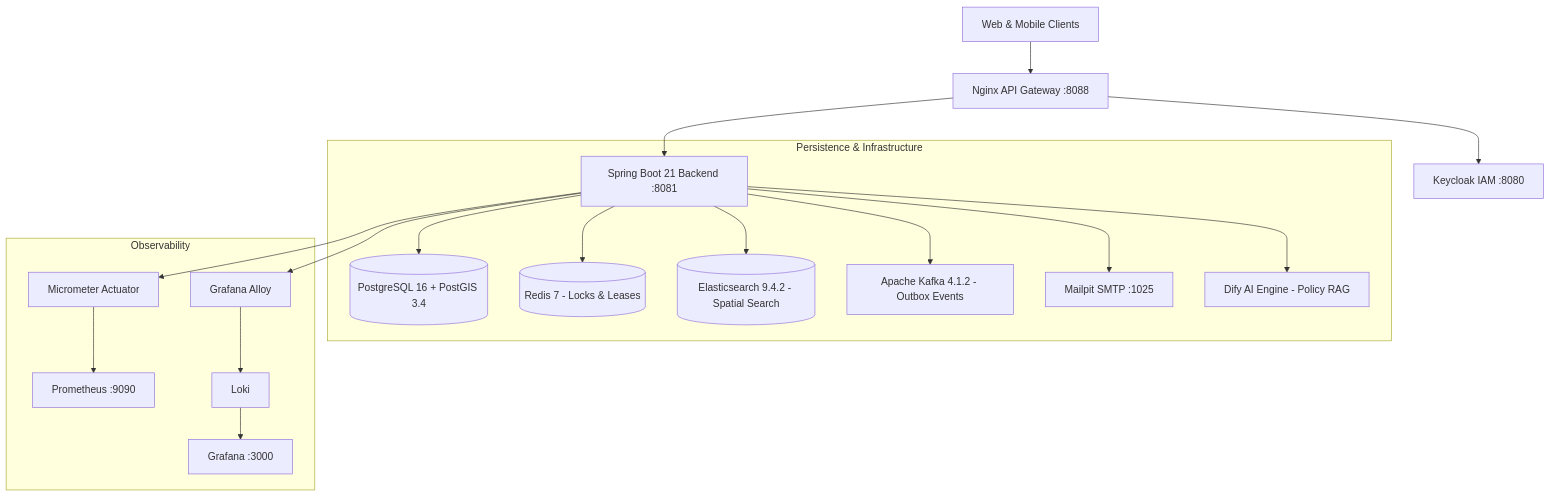
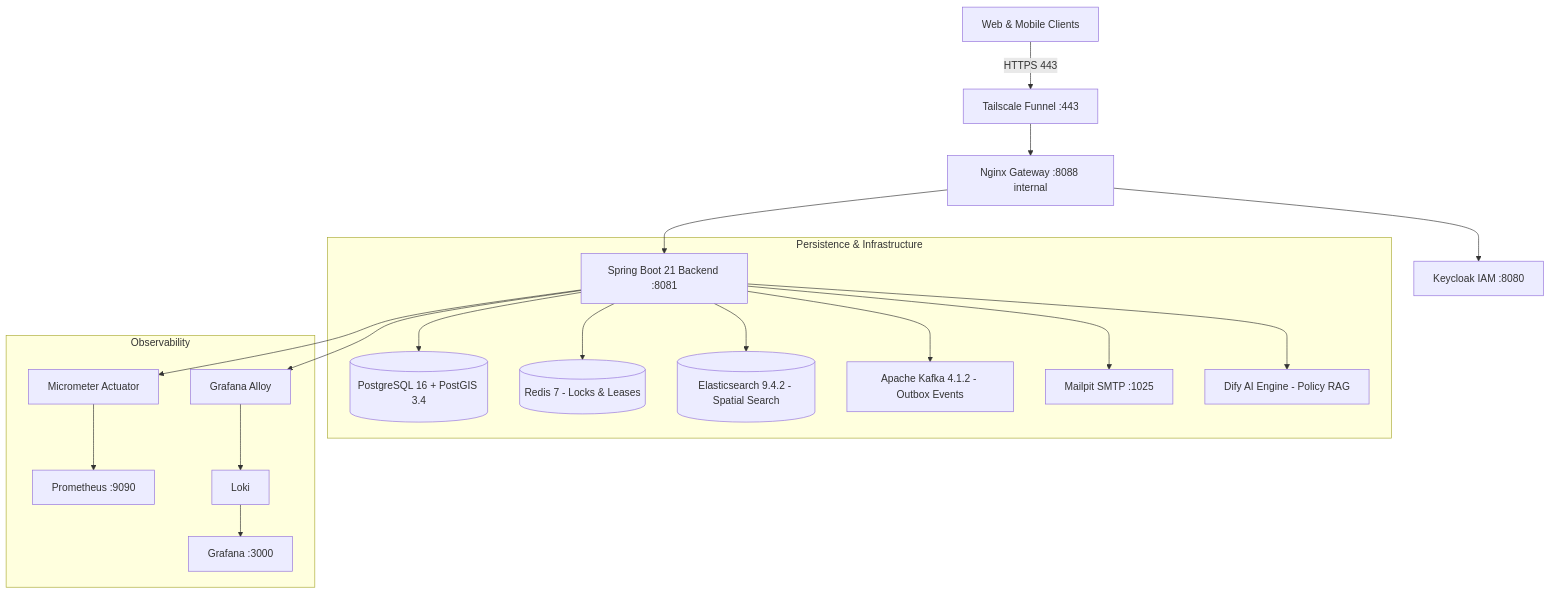
The diagram in README.md (phamthang44/chargeops-backend), drawn with Mermaid before and after one commit. The commit also changed other lines of this file and 1 other file, not shown here.

````diff
--- a/README.md
+++ b/README.md
@@ -14,21 +34,22 @@
 ```mermaid
 graph TD
-    Client[Web & Mobile Clients] --> Gateway[Nginx API Gateway :8088]
+    Client[Web & Mobile Clients] -->|HTTPS 443| Funnel[Tailscale Funnel :443]
+    Funnel --> Gateway[Nginx Gateway :8088 internal]
     Gateway --> API[Spring Boot 21 Backend :8081]
     Gateway --> Keycloak[Keycloak IAM :8080]
 
     subgraph Persistence & Infrastructure
         API --> PostGIS[(PostgreSQL 16 + PostGIS 3.4)]
         API --> Redis[(Redis 7 - Locks & Leases)]
         API --> ES[(Elasticsearch 9.4.2 - Spatial Search)]
         API --> Kafka[Apache Kafka 4.1.2 - Outbox Events]
         API --> Mail[Mailpit SMTP :1025]
         API --> Dify[Dify AI Engine - Policy RAG]
     end
 
     subgraph Observability
         API --> Actuator[Micrometer Actuator]
         Actuator --> Prometheus[Prometheus :9090]
         API --> Alloy[Grafana Alloy] --> Loki[Loki] --> Grafana[Grafana :3000]
     end
 ```
````
